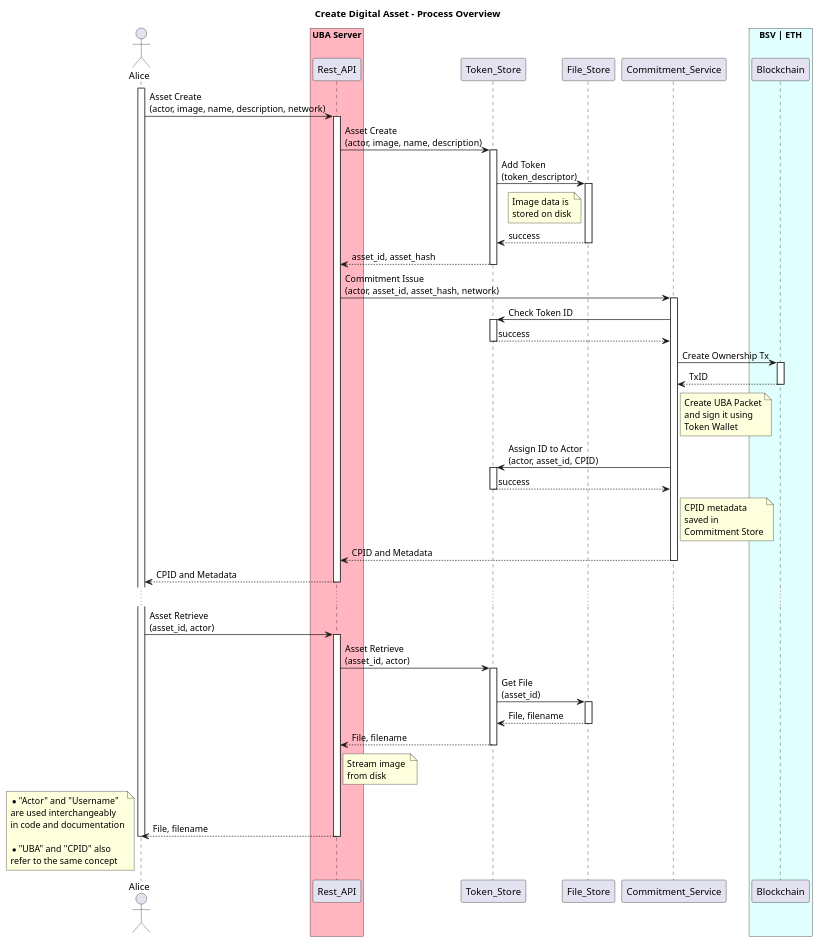
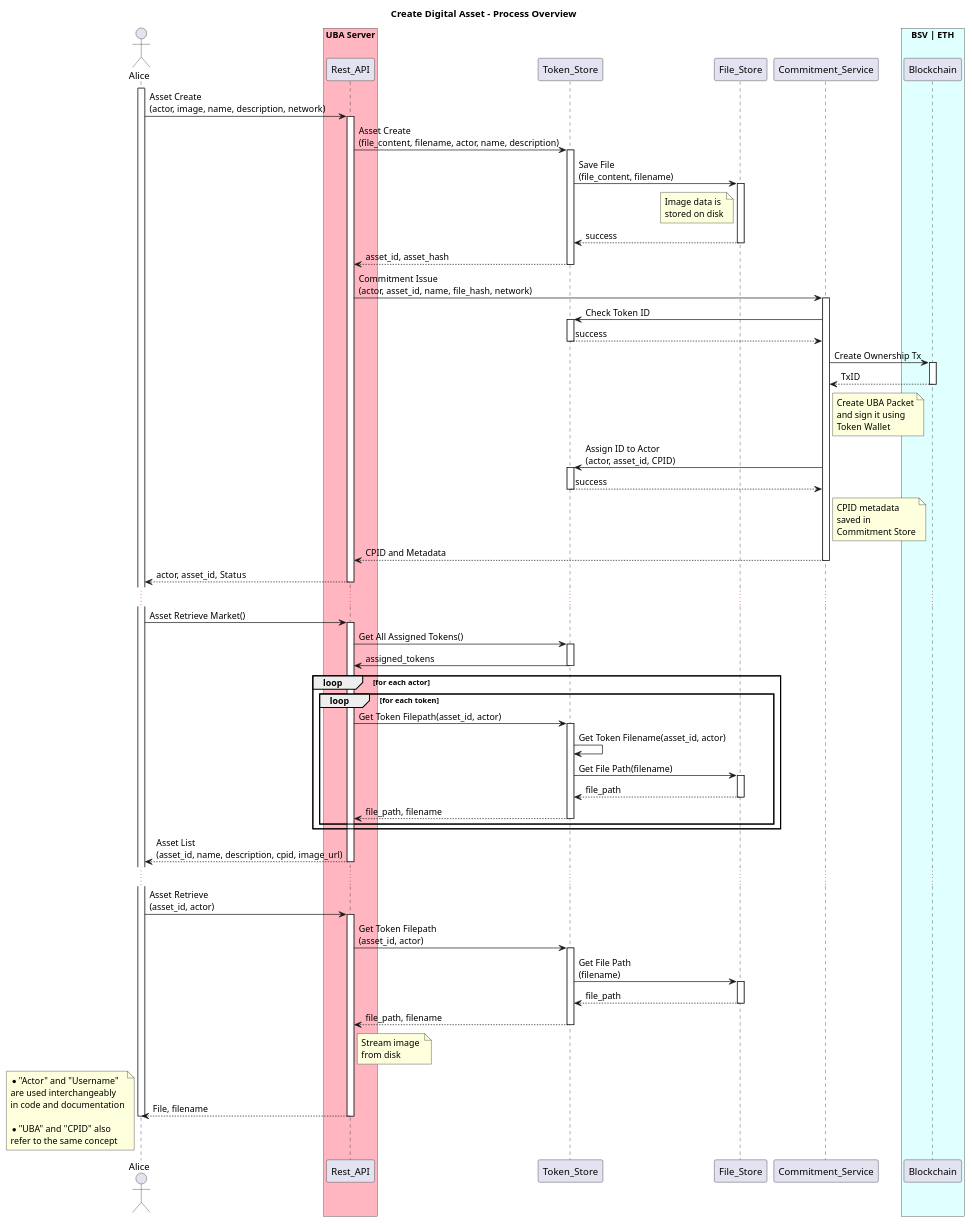
One commit to nchain-innovation/universal_blockchain_asset changed the diagram in docs/diagrams/create_digital_asset.puml. Above: the diagram before and after it, drawn with PlantUML. The commit also changed 4 other files, not shown here.

Commit message:
Added retrieve market endpoint

```diff
--- a/docs/diagrams/create_digital_asset.puml
+++ b/docs/diagrams/create_digital_asset.puml
@@ -1,89 +1,116 @@
 @startuml Create Digital Asset - Process Overview
 title Create Digital Asset - Process Overview
 
 actor Alice
 
 
 box "UBA Server" #LightPink
 participant Rest_API as API
 end box
 
 participant Token_Store as TS
 participant File_Store as FS
 participant Commitment_Service as CS
 
 box "BSV | ETH" #lightCyan
 participant "Blockchain"
 end box
 
 
 activate Alice
 Alice -> API: Asset Create\n(actor, image, name, description, network) 
 activate API
-API -> TS: Asset Create\n(actor, image, name, description) 
+API -> TS: Asset Create\n(file_content, filename, actor, name, description) 
 activate TS
 
-TS -> FS: Add Token\n(token_descriptor)
+TS -> FS: Save File\n(file_content, filename)
 note left of FS : Image data is\nstored on disk
 activate FS
 FS --> TS: success
 deactivate FS
 TS --> API: asset_id, asset_hash
 deactivate TS
 
 
 
 
-API -> CS: Commitment Issue\n(actor, asset_id, asset_hash, network)
+API -> CS: Commitment Issue\n(actor, asset_id, name, file_hash, network)
 activate CS
 CS -> TS: Check Token ID
 activate TS
 TS --> CS: success
 deactivate TS
 
 CS -> Blockchain: Create Ownership Tx
 activate Blockchain
 Blockchain --> CS: TxID
 deactivate Blockchain
 
 note right of CS : Create UBA Packet\nand sign it using\nToken Wallet
 CS -> TS: Assign ID to Actor\n(actor, asset_id, CPID)
 activate TS
 TS --> CS: success
 deactivate TS
 note right of CS : CPID metadata\nsaved in\nCommitment Store
 CS --> API: CPID and Metadata
 deactivate CS
-API --> Alice: CPID and Metadata
+API --> Alice: actor, asset_id, Status
+deactivate API
+
+...
+
+Alice -> API: Asset Retrieve Market()
+activate API
+API -> TS: Get All Assigned Tokens()
+activate TS
+TS -> API: assigned_tokens
+deactivate TS
+' Loop for each actor
+loop for each actor
+    ' Loop for each token
+    loop for each token
+        API -> TS: Get Token Filepath(asset_id, actor)
+        activate TS
+        TS -> TS: Get Token Filename(asset_id, actor)
+        TS -> FS: Get File Path(filename)
+        activate FS
+        FS --> TS: file_path
+        deactivate FS
+        TS --> API: file_path, filename
+        deactivate TS
+    end loop
+end loop
+
+API --> Alice: Asset List\n(asset_id, name, description, cpid, image_url)
 deactivate API
 
 ...
 
 
 Alice -> API: Asset Retrieve\n(asset_id, actor) 
 activate API
-API -> TS: Asset Retrieve\n(asset_id, actor) 
+API -> TS: Get Token Filepath\n(asset_id, actor) 
 activate TS
-TS -> FS: Get File\n(asset_id)
+TS -> FS: Get File Path\n(filename)
 activate FS
-FS --> TS: File, filename
+FS --> TS: file_path
 deactivate FS
-TS --> API: File, filename
+TS --> API: file_path, filename
 note right of API: Stream image \nfrom disk
 deactivate TS
 API --> Alice: File, filename
 deactivate API
 deactivate Alice
 
 
 
 note bottom
     *"Actor" and "Username" 
     are used interchangeably 
     in code and documentation
 
     *"UBA" and "CPID" also 
     refer to the same concept
 end note
 
 @enduml
```
